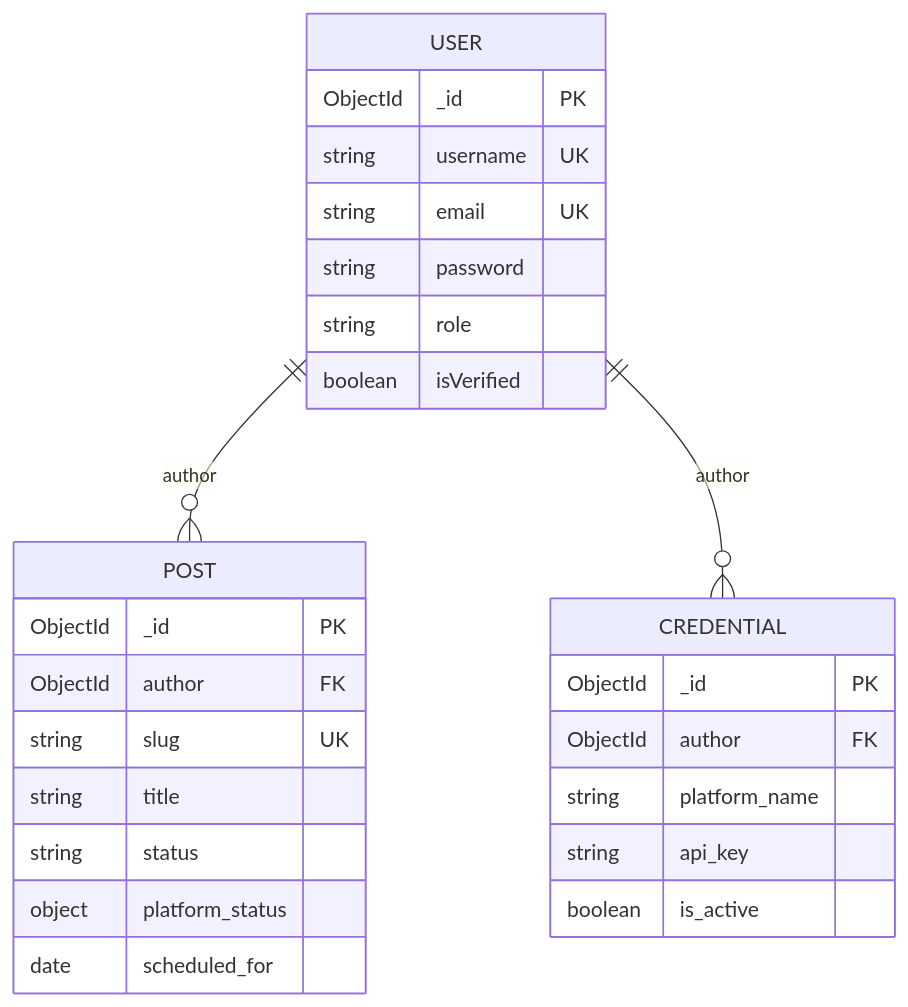
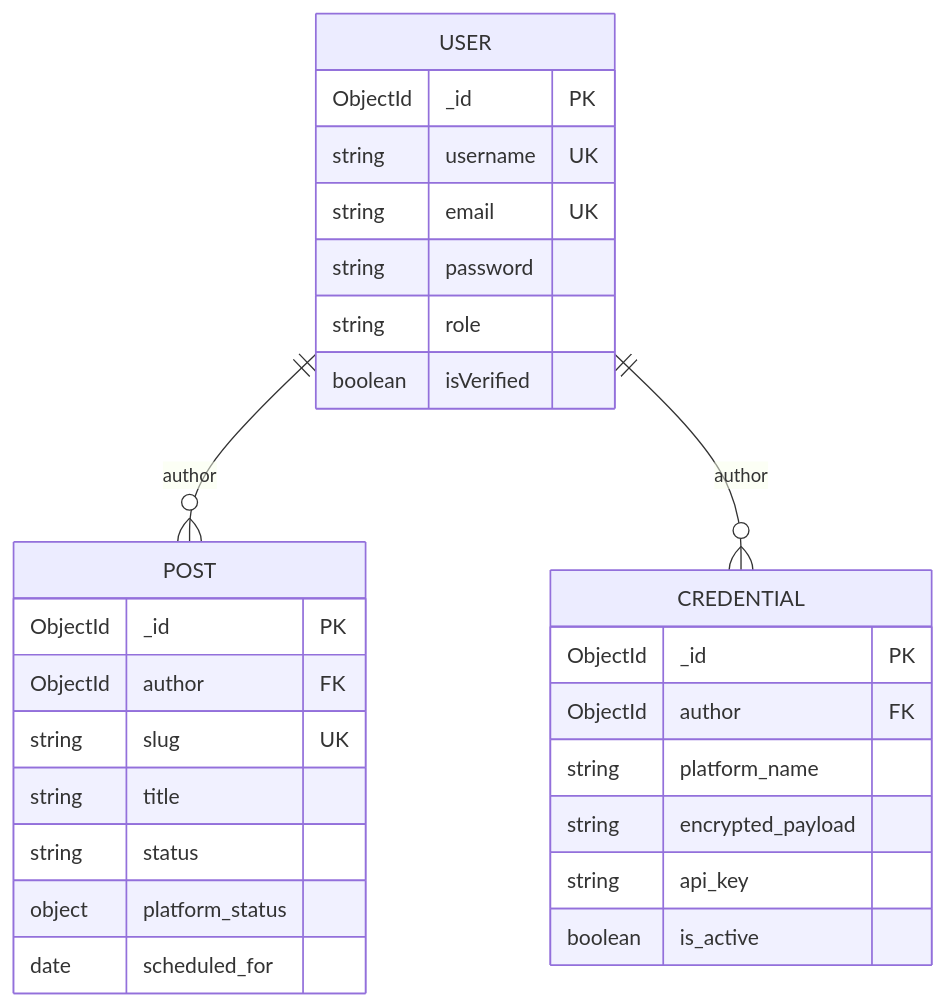
The diagram in docs/DATABASE_SCHEMA.md (FarukhSaifi/SyncApp), drawn with Mermaid before and after one commit. The commit also changed other lines of this file and 77 other files, not shown here.

````diff
--- a/docs/DATABASE_SCHEMA.md
+++ b/docs/DATABASE_SCHEMA.md
@@ -7,29 +7,30 @@
 ```mermaid
 erDiagram
     USER ||--o{ POST : author
     USER ||--o{ CREDENTIAL : author
     USER {
         ObjectId _id PK
         string username UK
         string email UK
         string password
         string role
         boolean isVerified
     }
     POST {
         ObjectId _id PK
         ObjectId author FK
         string slug UK
         string title
         string status
         object platform_status
         date scheduled_for
     }
     CREDENTIAL {
         ObjectId _id PK
         ObjectId author FK
         string platform_name
+        string encrypted_payload
         string api_key
         boolean is_active
     }
 ```
````
